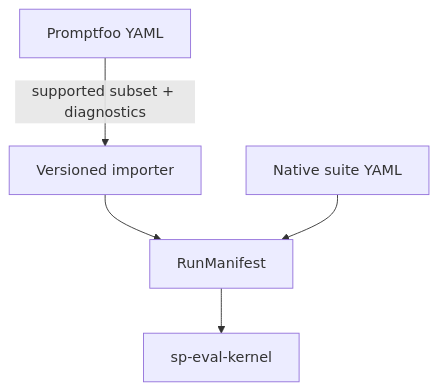
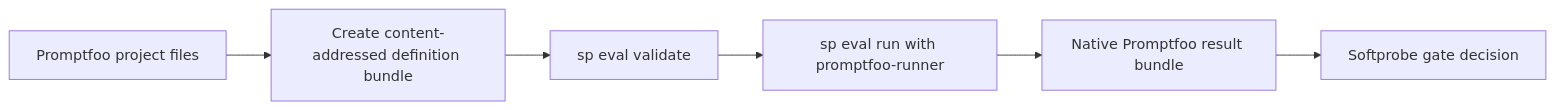
One commit to softprobe/document-website changed the first of 2 diagrams in en/evaluation/guides/promptfoo-integration.md. Above: the diagram before and after it, drawn with Mermaid. The commit also changed other lines of this file and 3 other files, not shown here.

````diff
--- a/en/evaluation/guides/promptfoo-integration.md
+++ b/en/evaluation/guides/promptfoo-integration.md
@@ -9,9 +11,10 @@
 ```mermaid
-flowchart TB
-  PF[Promptfoo YAML]
-  Imp[Versioned importer]
-  RM[RunManifest]
-  Kern[sp-eval-kernel]
-  PF -->|supported subset + diagnostics| Imp --> RM --> Kern
-  Native[Native suite YAML] --> RM
+flowchart LR
+  P[Promptfoo project files]
+  C[Create content-addressed definition bundle]
+  V[sp eval validate]
+  R[sp eval run with promptfoo-runner]
+  N[Native Promptfoo result bundle]
+  G[Softprobe gate decision]
+  P --> C --> V --> R --> N --> G
 ```
````
